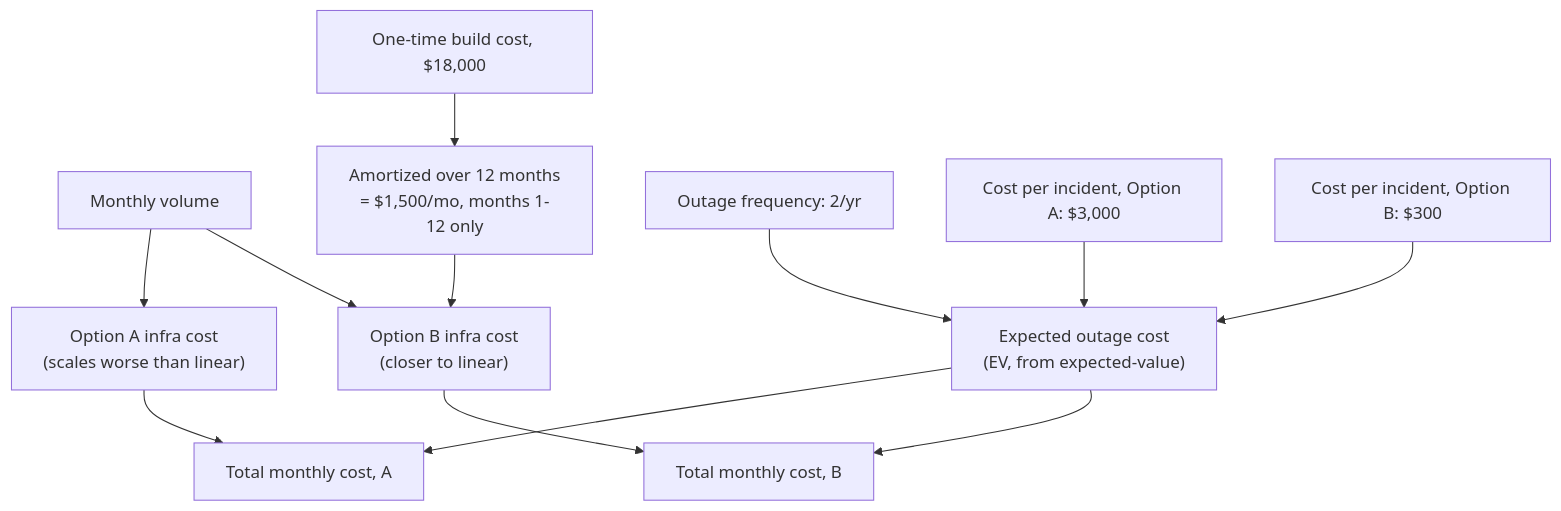
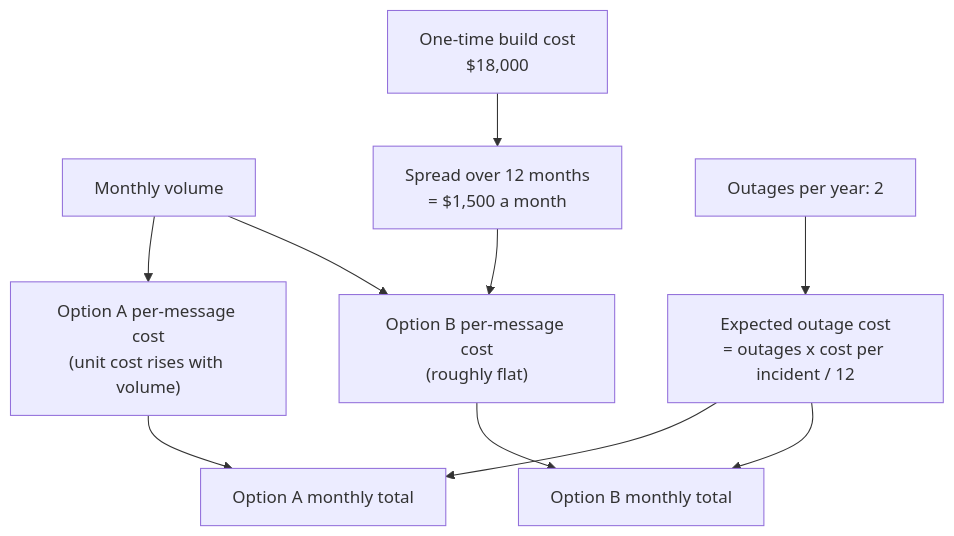
The first of 2 diagrams in src/content/applied-math/quantitative-modeling-design-decisions/L2-concept.mdx (francoandreDev/knowledge), drawn with Mermaid before and after one commit. The commit also changed other lines of this file and 3 other files, not shown here.

````diff
--- a/src/content/applied-math/quantitative-modeling-design-decisions/L2-concept.mdx
+++ b/src/content/applied-math/quantitative-modeling-design-decisions/L2-concept.mdx
@@ -68,14 +40,12 @@
 ```mermaid
 flowchart TD
-    V["Monthly volume"] --> IA["Option A infra cost\n(scales worse than linear)"]
-    V --> IB["Option B infra cost\n(closer to linear)"]
-    BC["One-time build cost, $18,000"] --> AM["Amortized over 12 months\n= $1,500/mo, months 1-12 only"]
+    V["Monthly volume"] --> IA["Option A per-message cost\n(unit cost rises with volume)"]
+    V --> IB["Option B per-message cost\n(roughly flat)"]
+    BC["One-time build cost\n$18,000"] --> AM["Spread over 12 months\n= $1,500 a month"]
     AM --> IB
-    OF["Outage frequency: 2/yr"] --> EV["Expected outage cost\n(EV, from expected-value)"]
-    COSTA["Cost per incident, Option A: $3,000"] --> EV
-    COSTB["Cost per incident, Option B: $300"] --> EV
-    IA --> TOTALA["Total monthly cost, A"]
-    EV --> TOTALA
-    IB --> TOTALB["Total monthly cost, B"]
-    EV --> TOTALB
+    OF["Outages per year: 2"] --> EV["Expected outage cost\n= outages x cost per incident / 12"]
+    EV --> TA["Option A monthly total"]
+    EV --> TB["Option B monthly total"]
+    IA --> TA
+    IB --> TB
 ```
````
